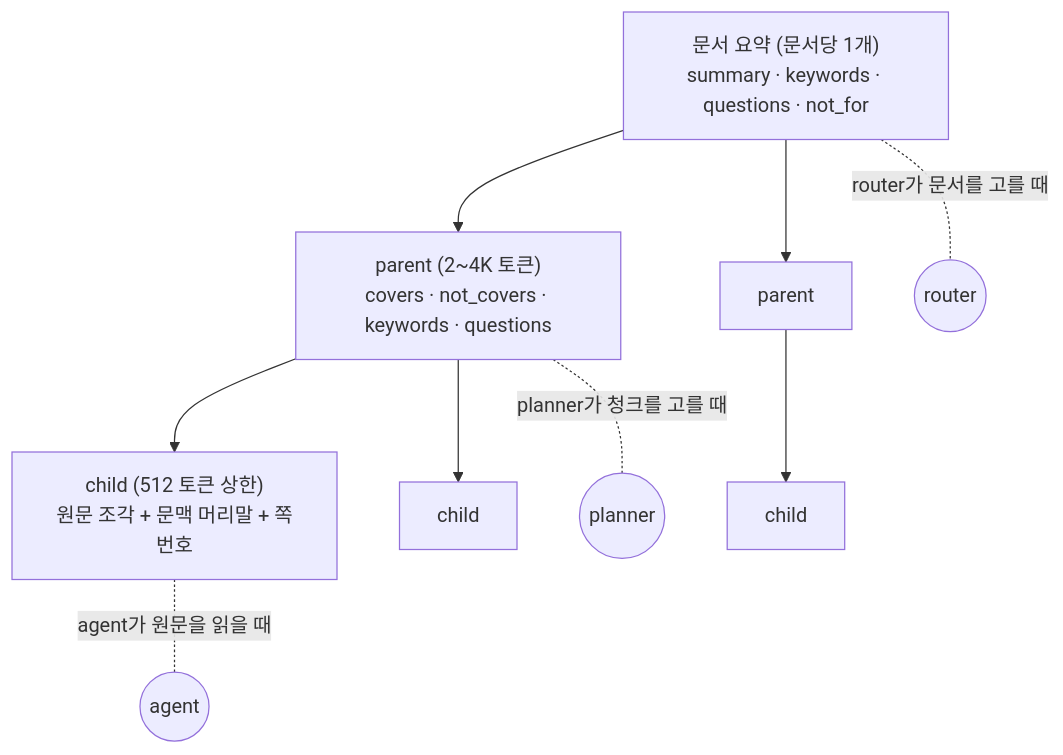
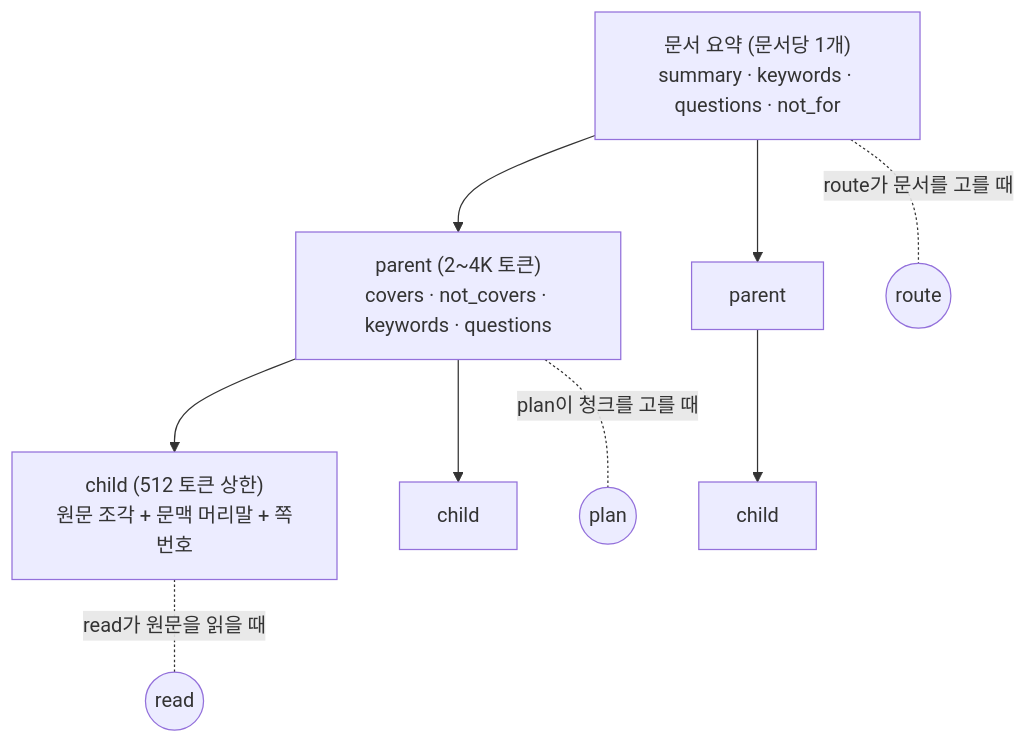
Before and after one commit to bbangwon/kicox_poc: the second of 6 diagrams in docs/RAG_FLOW_OVERVIEW.md, drawn with Mermaid. The commit also changed other lines of this file and 9 other files, not shown here.

````diff
--- a/docs/RAG_FLOW_OVERVIEW.md
+++ b/docs/RAG_FLOW_OVERVIEW.md
@@ -47,19 +48,19 @@
 ```mermaid
 flowchart TD
     DOC["문서 요약 (문서당 1개)<br/>summary · keywords · questions · not_for"]
     PA1["parent (2~4K 토큰)<br/>covers · not_covers · keywords · questions"]
     PA2["parent"]
     C1["child (512 토큰 상한)<br/>원문 조각 + 문맥 머리말 + 쪽번호"]
     C2["child"]
     C3["child"]
 
     DOC --> PA1
     DOC --> PA2
     PA1 --> C1
     PA1 --> C2
     PA2 --> C3
 
-    DOC -. "router가 문서를 고를 때" .- U1(("router"))
-    PA1 -. "planner가 청크를 고를 때" .- U2(("planner"))
-    C1 -. "agent가 원문을 읽을 때" .- U3(("agent"))
+    DOC -. "route가 문서를 고를 때" .- U1(("route"))
+    PA1 -. "plan이 청크를 고를 때" .- U2(("plan"))
+    C1 -. "read가 원문을 읽을 때" .- U3(("read"))
 ```
````
